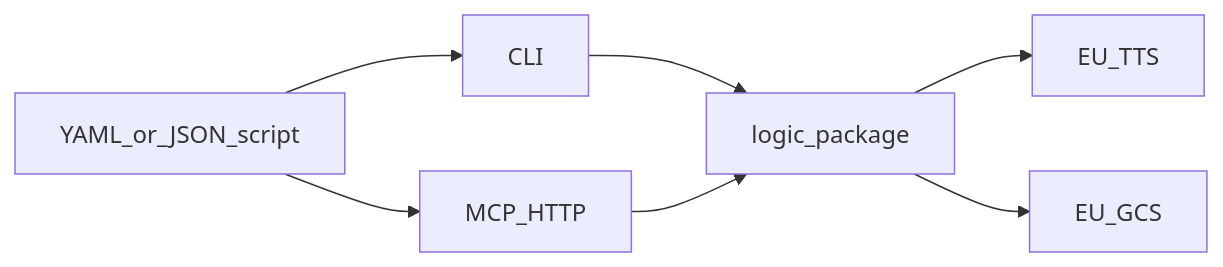
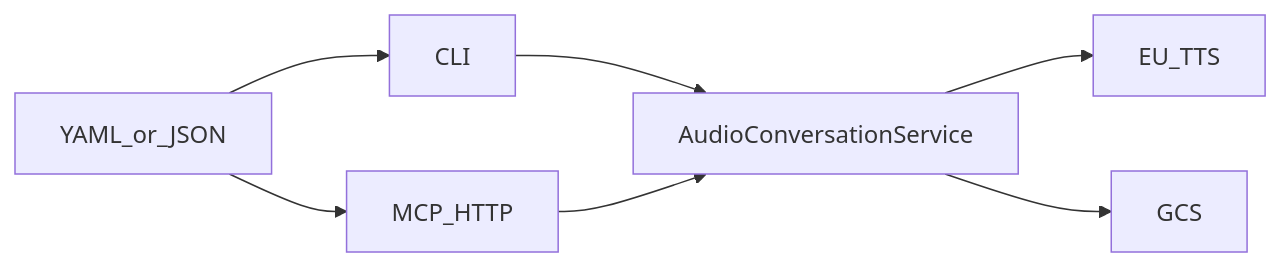
One commit to se02035/agentic-audio-conversations changed the diagram in AGENTS.md. Above: the diagram before and after it, drawn with Mermaid. The commit also changed other lines of this file and 37 other files, not shown here.

````diff
--- a/AGENTS.md
+++ b/AGENTS.md
@@ -28,15 +26,15 @@
 ```mermaid
 flowchart LR
-  script[YAML_or_JSON_script]
-  logic[logic_package]
+  script[YAML_or_JSON]
+  svc[AudioConversationService]
   cli[CLI]
   mcp[MCP_HTTP]
   tts[EU_TTS]
-  gcs[EU_GCS]
+  gcs[GCS]
   script --> cli
   script --> mcp
-  cli --> logic
-  mcp --> logic
-  logic --> tts
-  logic --> gcs
+  cli --> svc
+  mcp --> svc
+  svc --> tts
+  svc --> gcs
 ```
````
